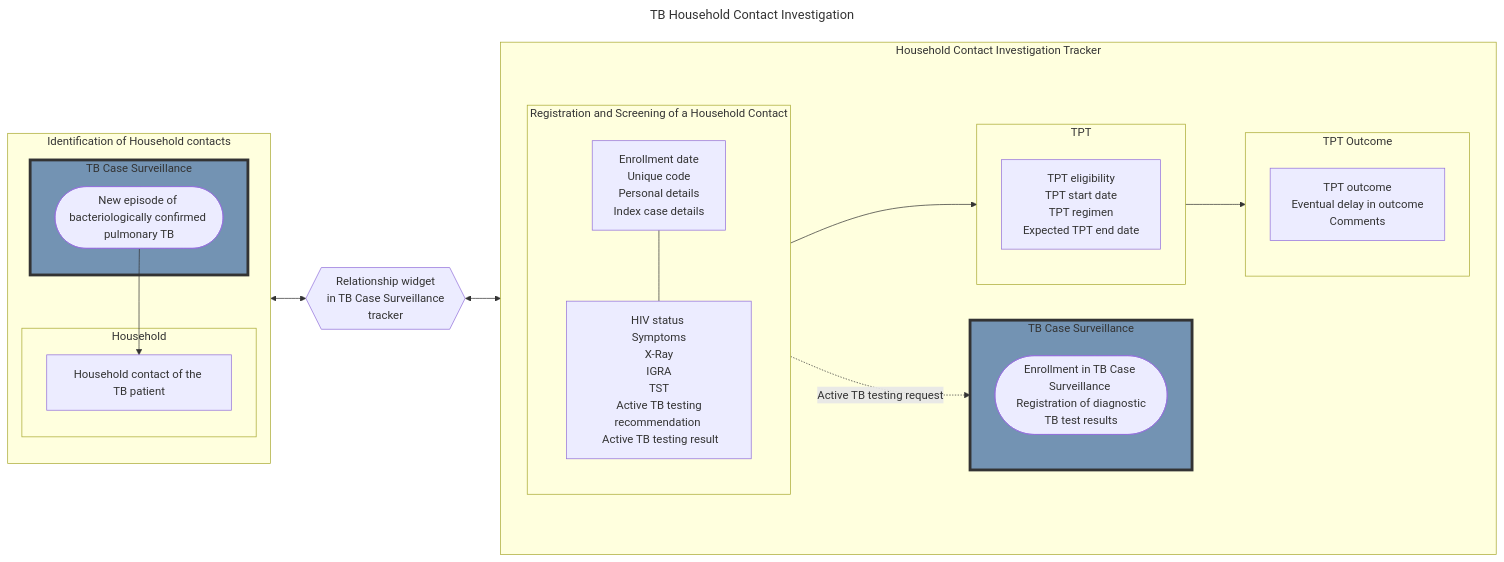
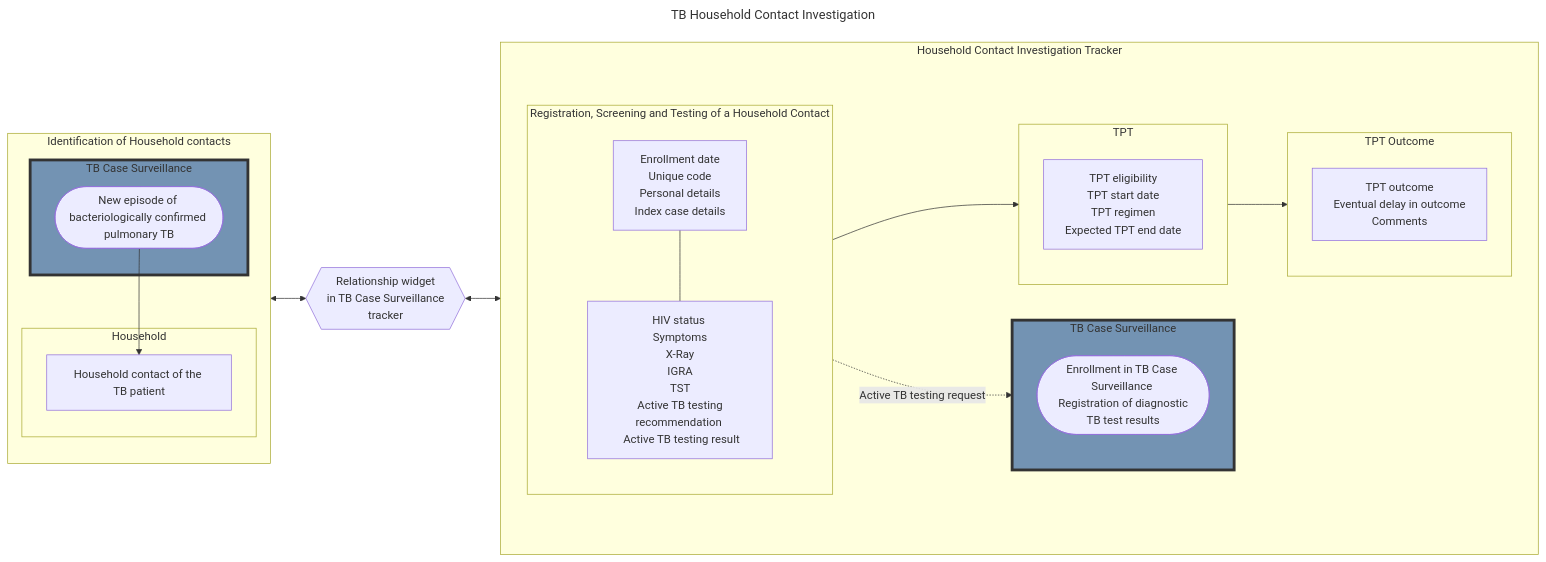
Before and after one commit to dhis2-metadata/TB_HH: the first of 2 diagrams in docs/tb_hh-design.md, drawn with Mermaid. The commit also changed other lines of this file, not shown here.

````diff
--- a/docs/tb_hh-design.md
+++ b/docs/tb_hh-design.md
@@ -63,44 +35,44 @@
 ```mermaid
 ---
 title: TB Household Contact Investigation
 ---
 %%{init: {'mirrorActors': false } }%%
 
 flowchart LR
   subgraph A[Identification of Household contacts]
       direction TB
         subgraph AA[TB Case Surveillance]
         style AA fill:#7393B3,stroke:#333,stroke-width:4px
           id1([New episode of bacteriologically confirmed pulmonary TB])
         end
         subgraph AB[Household]
           id2[Household contact of the TB patient]
         end
         id1-->id2
   end
   id3{{Relationship widget <br> in TB Case Surveillance <br> tracker}}
   subgraph B[Household Contact Investigation Tracker]
       direction LR
-        subgraph BA[Registration and Screening of a Household Contact]
+        subgraph BA[Registration, Screening and Testing of a Household Contact]
             direction TB
               id4[Enrollment date <br> Unique code <br> Personal details <br> Index case details]
               id5[HIV status <br> Symptoms <br> X-Ray <br> IGRA <br> TST <br> Active TB testing recommendation <br> Active TB testing result]
               id4---id5
         end
         subgraph BB[TB Case Surveillance]
         style BB fill:#7393B3,stroke:#333,stroke-width:4px
           id9([Enrollment in TB Case Surveillance <br> Registration of diagnostic TB test results])
           
         end
         subgraph BC[TPT]
           id7[TPT eligibility <br> TPT start date <br> TPT regimen <br> Expected TPT end date]
         end
         BA --> BC -->BD
         BA -. Active TB testing request .-> BB
         subgraph BD[TPT Outcome]
           id8[TPT outcome <br> Eventual delay in outcome <br> Comments ]
         end
   end
   A <--> id3 <--> B
   
 ```
````
